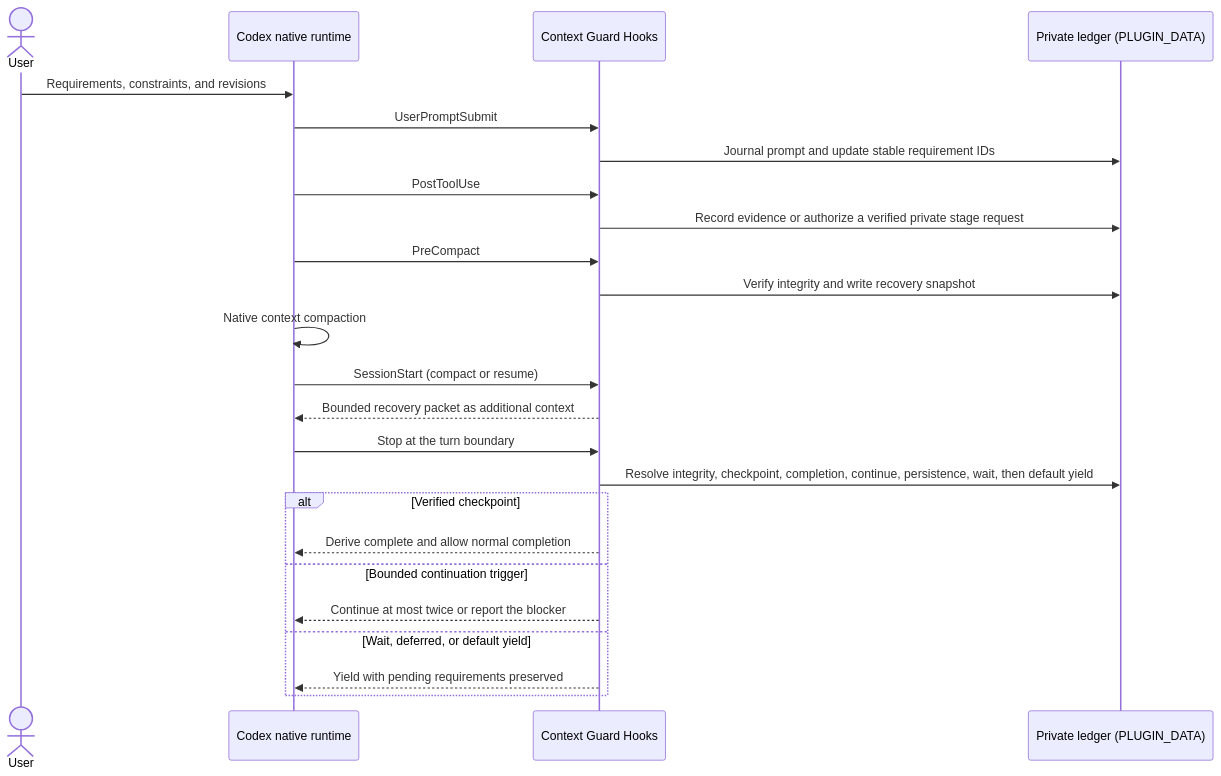
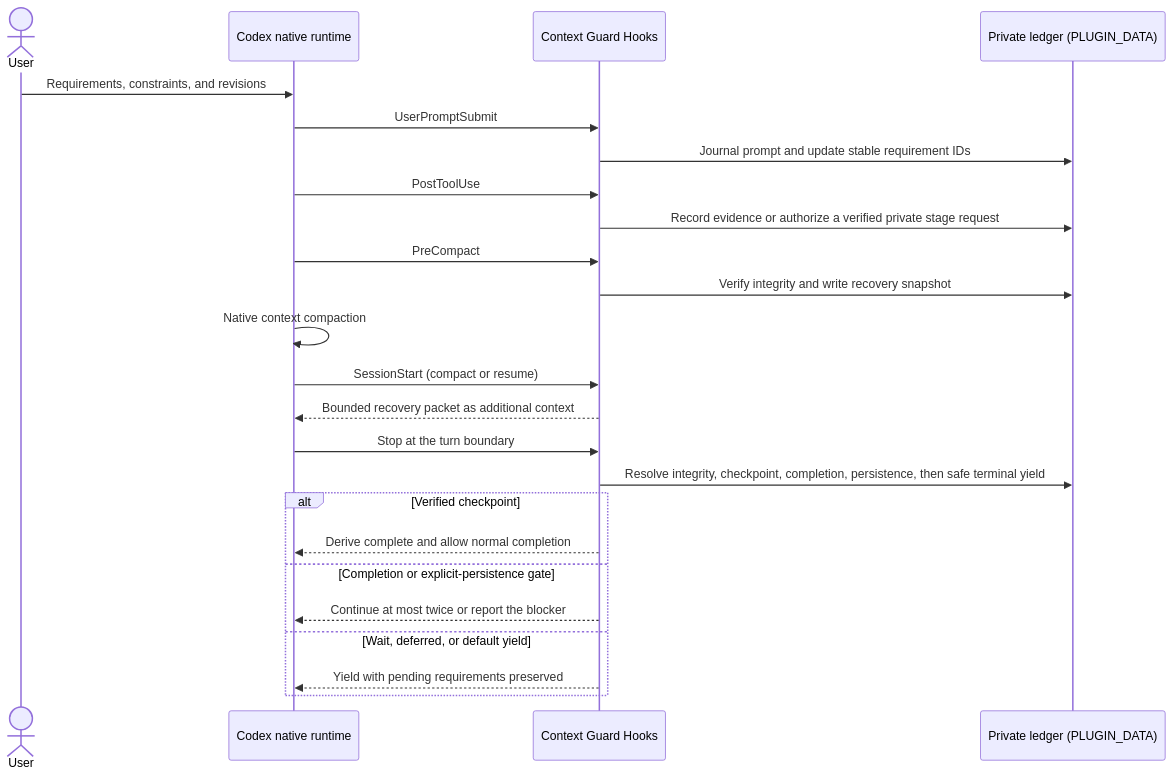
Before and after one commit to GreenLv/codex-context-guard: the diagram in docs/ARCHITECTURE.md, drawn with Mermaid. The commit also changed other lines of this file and 15 other files, not shown here.

Commit message:
fix: make Context Guard terminal control one-way safe

````diff
--- a/docs/ARCHITECTURE.md
+++ b/docs/ARCHITECTURE.md
@@ -22,30 +22,30 @@
 ```mermaid
 sequenceDiagram
     actor User
     participant Codex as Codex native runtime
     participant Hooks as Context Guard Hooks
     participant Ledger as Private ledger (PLUGIN_DATA)
 
     User->>Codex: Requirements, constraints, and revisions
     Codex->>Hooks: UserPromptSubmit
     Hooks->>Ledger: Journal prompt and update stable requirement IDs
 
     Codex->>Hooks: PostToolUse
     Hooks->>Ledger: Record evidence or authorize a verified private stage request
 
     Codex->>Hooks: PreCompact
     Hooks->>Ledger: Verify integrity and write recovery snapshot
     Codex->>Codex: Native context compaction
     Codex->>Hooks: SessionStart (compact or resume)
     Hooks-->>Codex: Bounded recovery packet as additional context
 
     Codex->>Hooks: Stop at the turn boundary
-    Hooks->>Ledger: Resolve integrity, checkpoint, completion, continue, persistence, wait, then default yield
+    Hooks->>Ledger: Resolve integrity, checkpoint, completion, persistence, then safe terminal yield
     alt Verified checkpoint
         Hooks-->>Codex: Derive complete and allow normal completion
-    else Bounded continuation trigger
+    else Completion or explicit-persistence gate
         Hooks-->>Codex: Continue at most twice or report the blocker
     else Wait, deferred, or default yield
         Hooks-->>Codex: Yield with pending requirements preserved
     end
 ```
````
